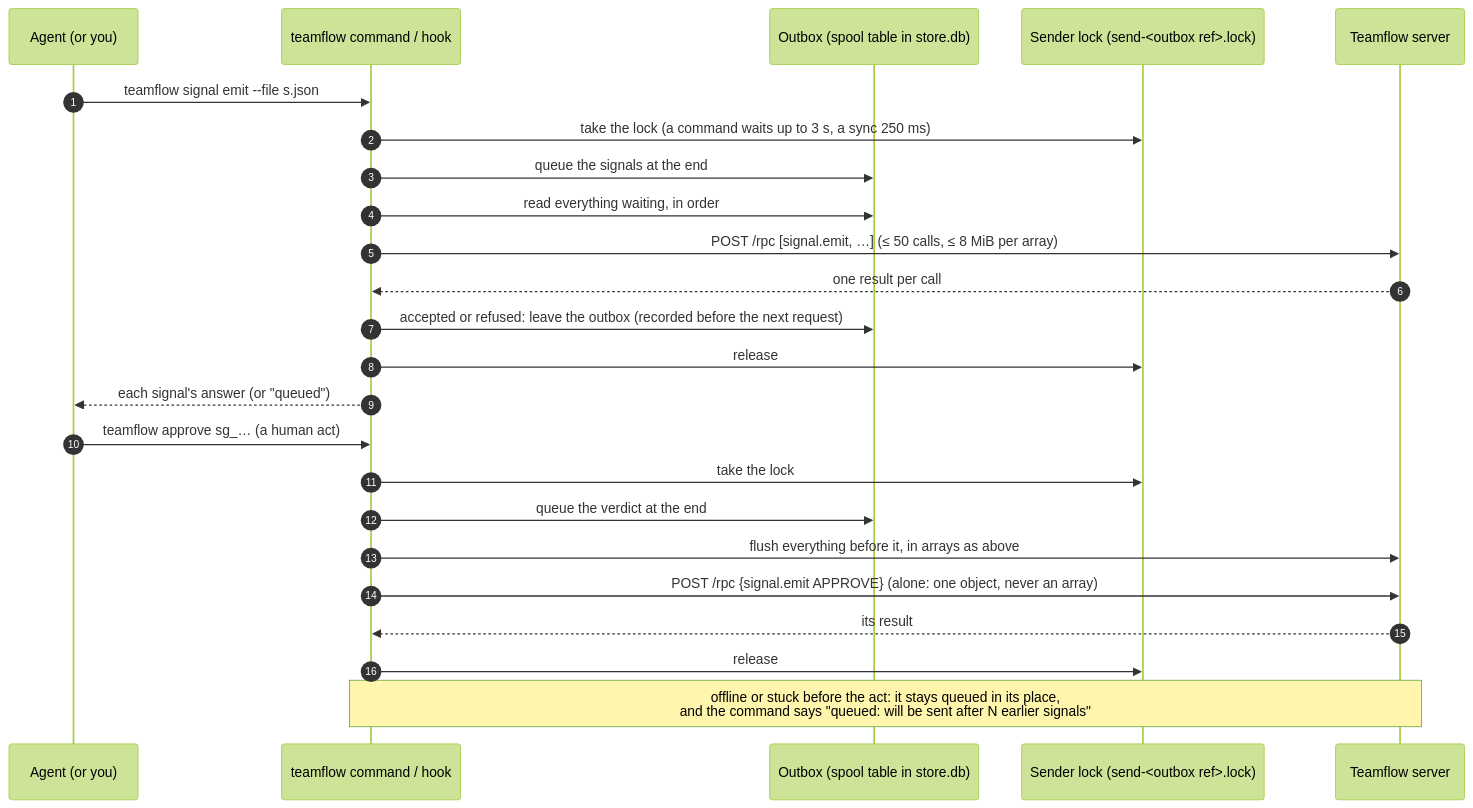
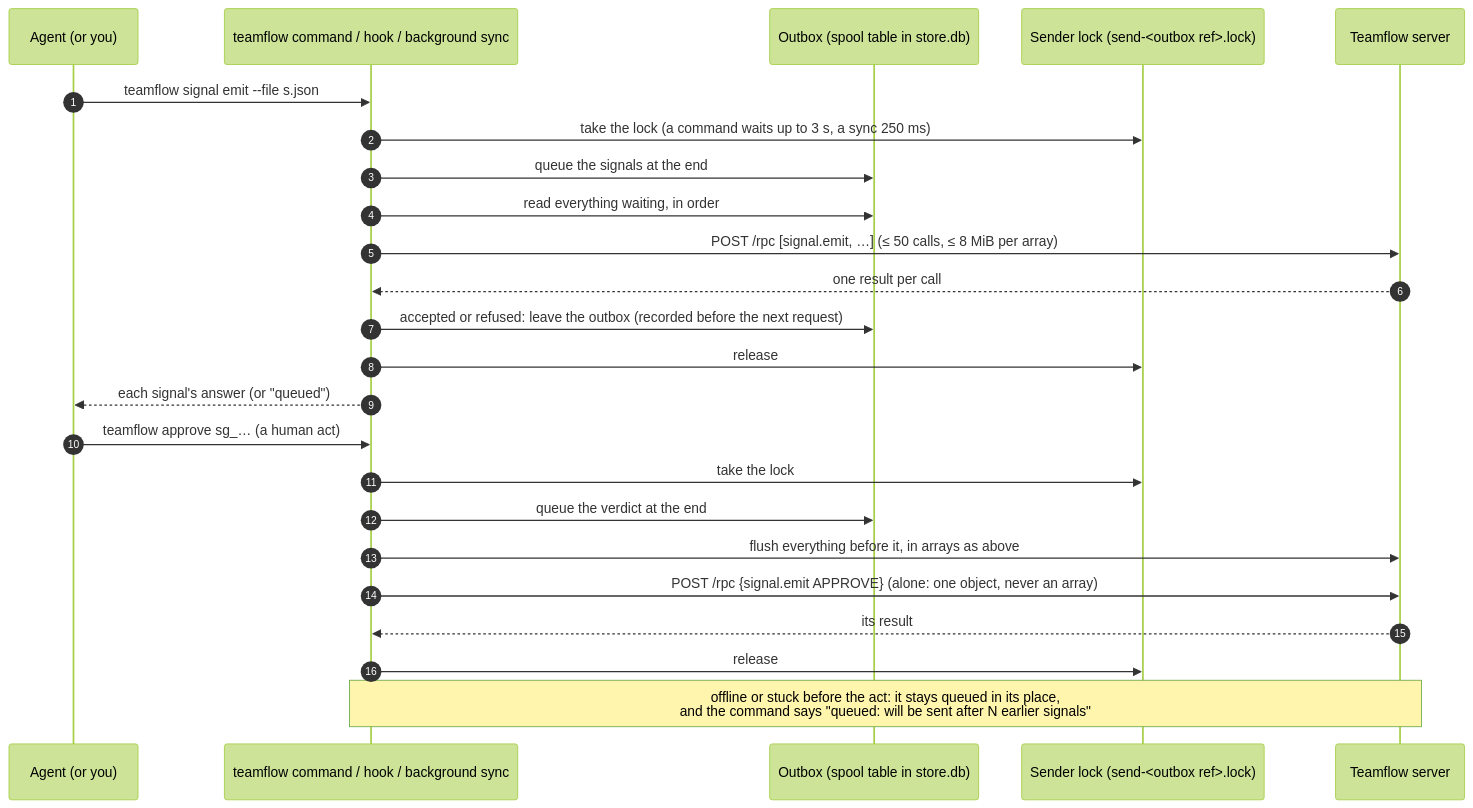
Before and after one commit to vutran1710/teamflow-cli: the first of 2 diagrams in README.md, drawn with Mermaid (forest theme). The commit also changed other lines of this file, not shown here.

First line of the commit message:
README: the background sync, and its place among the outbox's senders

````diff
--- a/README.md
+++ b/README.md
@@ -165,28 +193,28 @@
 ```mermaid
 sequenceDiagram
     autonumber
     participant A as Agent (or you)
-    participant T as teamflow command / hook
+    participant T as teamflow command / hook / background sync
     participant O as Outbox (spool table in store.db)
     participant L as Sender lock (send-<outbox ref>.lock)
     participant S as Teamflow server
 
     A->>T: teamflow signal emit --file s.json
     T->>L: take the lock (a command waits up to 3 s, a sync 250 ms)
     T->>O: queue the signals at the end
     T->>O: read everything waiting, in order
     T->>S: POST /rpc [signal.emit, …] (≤ 50 calls, ≤ 8 MiB per array)
     S-->>T: one result per call
     T->>O: accepted or refused: leave the outbox (recorded before the next request)
     T->>L: release
     T-->>A: each signal's answer (or "queued")
 
     A->>T: teamflow approve sg_…  (a human act)
     T->>L: take the lock
     T->>O: queue the verdict at the end
     T->>S: flush everything before it, in arrays as above
     T->>S: POST /rpc {signal.emit APPROVE}  (alone: one object, never an array)
     S-->>T: its result
     T->>L: release
     Note over T,S: offline or stuck before the act: it stays queued in its place,<br/>and the command says "queued: will be sent after N earlier signals"
 ```
````
